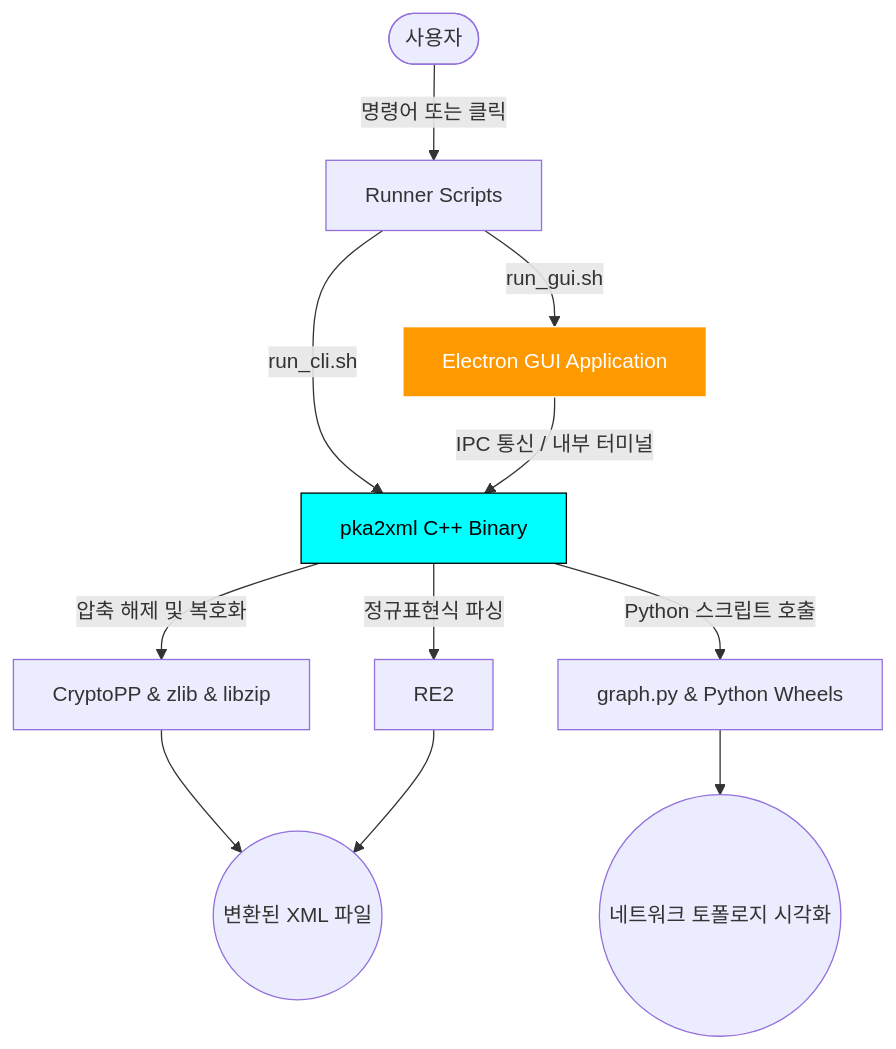
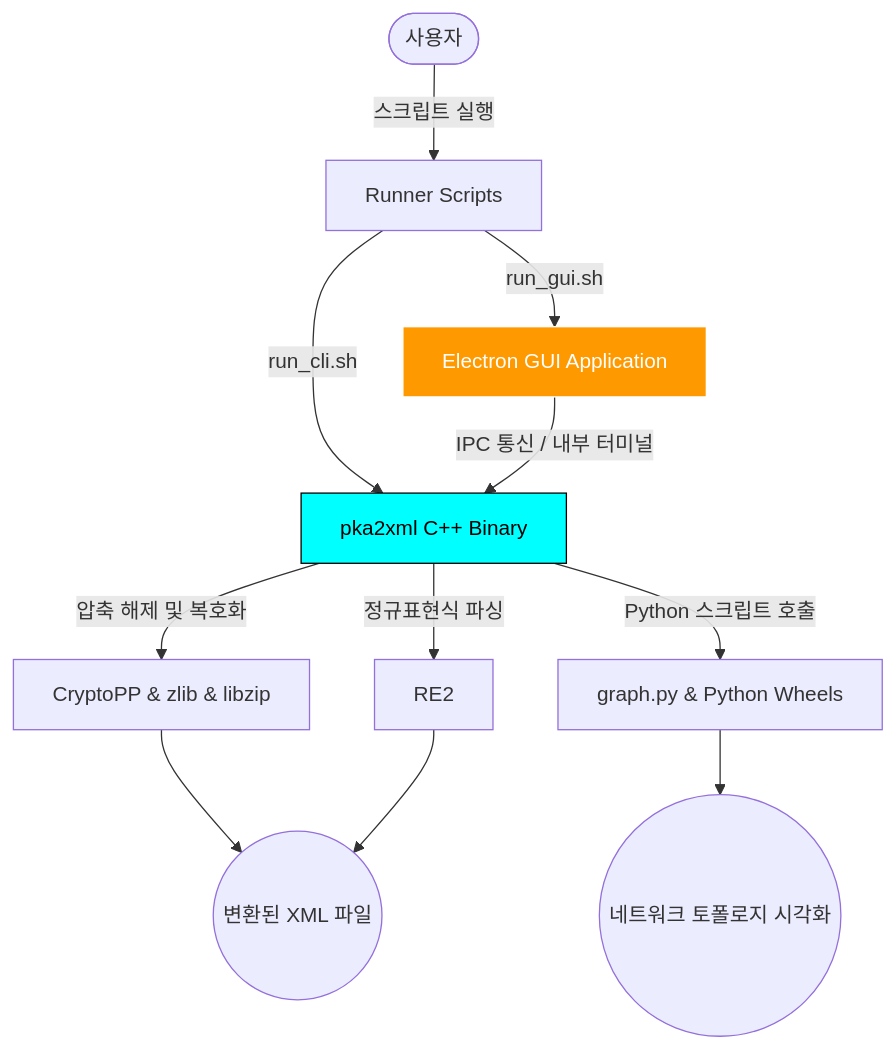
One commit to hslcrb/pka2xml_hslcrb-vendored changed the diagram in readme.md. Above: the diagram before and after it, drawn with Mermaid. The commit also changed other lines of this file, not shown here.

````diff
--- a/readme.md
+++ b/readme.md
@@ -60,22 +10,22 @@
 ```mermaid
 graph TD
-    User([사용자]) --> |명령어 또는 클릭| Runner[Runner Scripts]
+    User([사용자]) --> |스크립트 실행| Runner[Runner Scripts]
     Runner --> |run_gui.sh| GUI[Electron GUI Application]
     Runner --> |run_cli.sh| CLI[pka2xml C++ Binary]
     
     GUI --> |IPC 통신 / 내부 터미널| CLI
     
     CLI --> |압축 해제 및 복호화| Crypto[CryptoPP & zlib & libzip]
     CLI --> |정규표현식 파싱| Parsing[RE2]
     
     CLI --> |Python 스크립트 호출| PythonGraph[graph.py & Python Wheels]
     
     Crypto --> Result((변환된 XML 파일))
     Parsing --> Result
     PythonGraph --> Viz((네트워크 토폴로지 시각화))
 
     classDef cli fill:#0ff,color:#000,stroke:#000
     classDef gui fill:#f90,color:#fff,stroke:#fff
     class CLI cli
     class GUI gui
 ```
````
